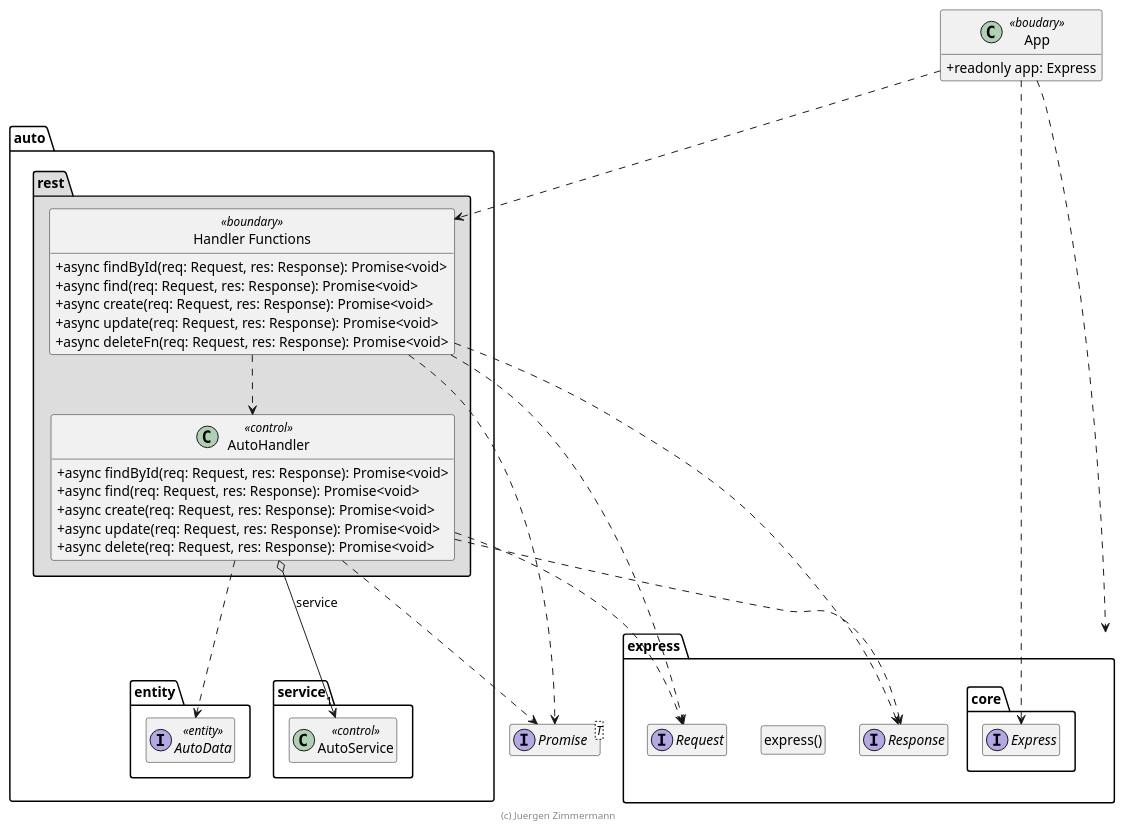
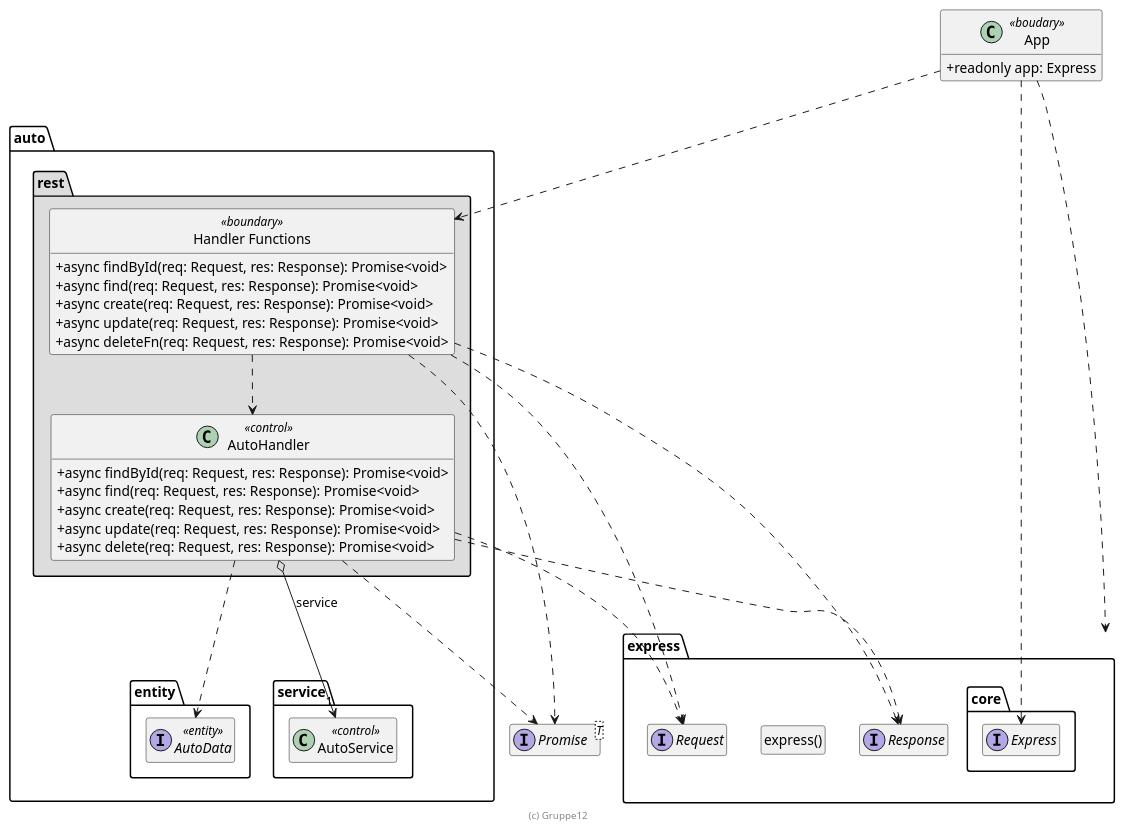
One commit to fabiansw/sweablage changed the diagram in doc/AutoHandler.puml. Above: the diagram before and after it, drawn with PlantUML. The commit also changed 5 other files, not shown here.

```diff
--- a/doc/AutoHandler.puml
+++ b/doc/AutoHandler.puml
@@ -15,75 +15,75 @@
 @startuml Fandler-Funktionen und Handler-Klasse
 
 !pragma useNewPackage
 skinparam classAttributeIconSize 0
 skinparam componentStyle uml2
 
 interface Promise<T>
 
 package express {
   package core {
     interface Express
   }
 
   class "express()" as express
   hide express circle
 
   interface Request
   interface Response
 }
 
 class App <<boudary>> {
   + readonly app: Express
 }
 App ..> Express
 App ..> express
 
 package auto {
   package entity {
     interface AutoData <<entity>> {
     }
   }
 
   package service {
     class AutoService << control >> {
     }
   }
 
   package rest #DDDDDD {
     "Handler Functions" .right.> Request
     "Handler Functions" ..> Response
     "Handler Functions" ..> Promise
     "Handler Functions" ..> AutoHandler
 
     AutoHandler o--> "1" AutoService : service
     AutoHandler .right.> Request
     AutoHandler ..> Response
     AutoHandler ..> AutoData
     AutoHandler ..> Promise
 
     class "Handler Functions" << boundary >> {
       + async findById(req: Request, res: Response): Promise<void>
       + async find(req: Request, res: Response): Promise<void>
       + async create(req: Request, res: Response): Promise<void>
       + async update(req: Request, res: Response): Promise<void>
       + async deleteFn(req: Request, res: Response): Promise<void>
     }
     hide "Handler Functions" << boundary >> circle
 
     class AutoHandler << control >> {
       + async findById(req: Request, res: Response): Promise<void>
       + async find(req: Request, res: Response): Promise<void>
       + async create(req: Request, res: Response): Promise<void>
       + async update(req: Request, res: Response): Promise<void>
       + async delete(req: Request, res: Response): Promise<void>
     }
   }
 }
 
 App ..> "Handler Functions"
 
 hide empty members
 
-footer (c) Juergen Zimmermann
+footer (c) Gruppe12
 
 @enduml
```
